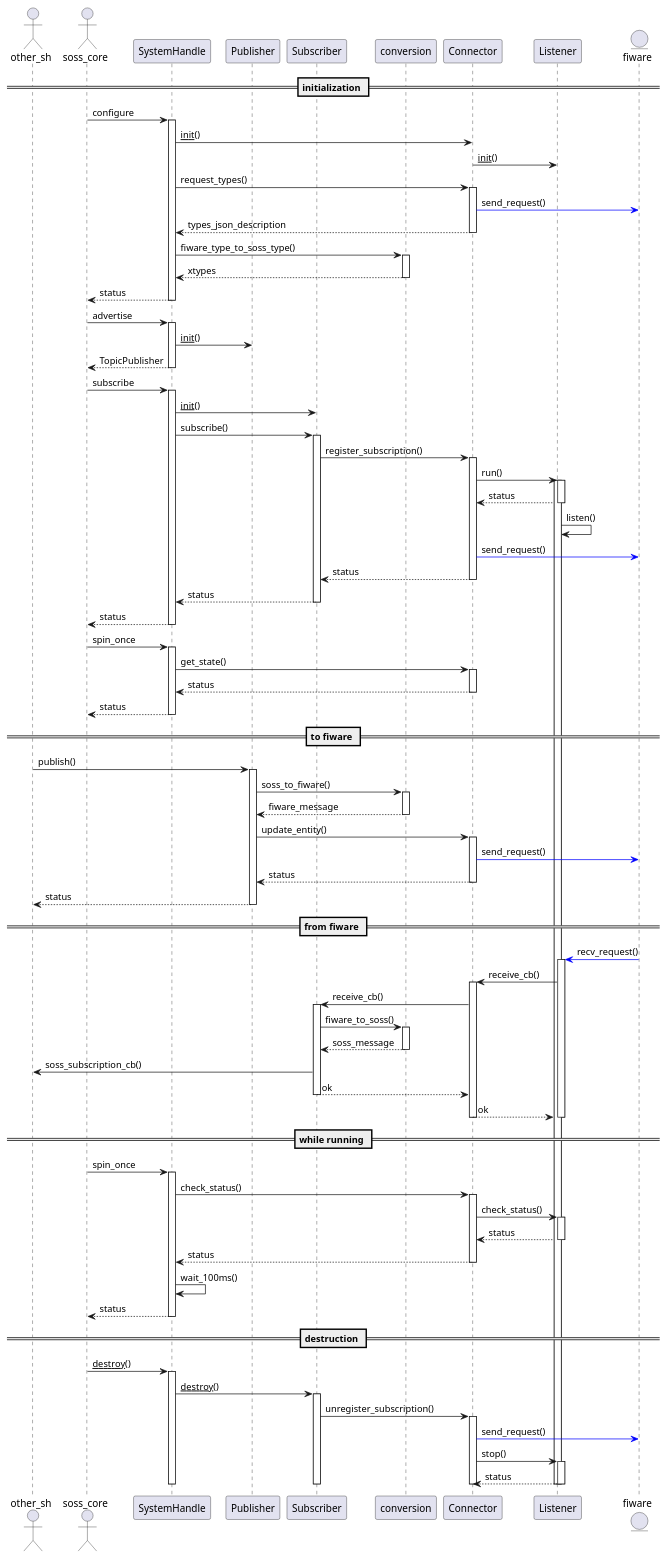
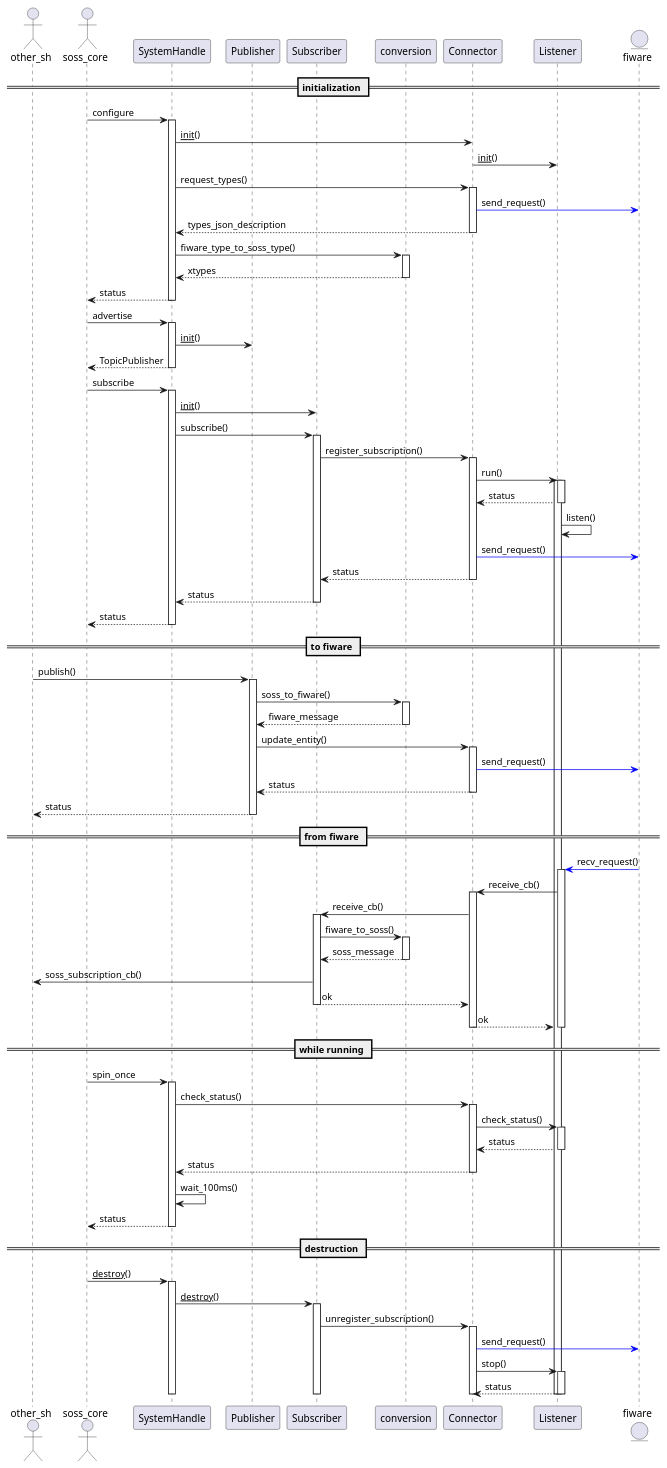
One commit to eProsima/FIWARE-SH changed the diagram in doc/diagrams-design/sequence.puml. Above: the diagram before and after it, drawn with PlantUML.

Commit message:
Update sequence diagram.

```diff
--- a/doc/diagrams-design/sequence.puml
+++ b/doc/diagrams-design/sequence.puml
@@ -1,130 +1,121 @@
 @startuml
 actor other_sh
 actor soss_core
 participant SystemHandle
 participant Publisher
 participant Subscriber
 participant conversion
 participant Connector
 participant Listener
 entity fiware
 
 == initialization ==
 soss_core -> SystemHandle: configure
 activate SystemHandle
 SystemHandle -> Connector: __init__()
 Connector -> Listener: __init__()
 SystemHandle -> Connector: request_types()
 activate Connector
 Connector -[#0000FF]> fiware: send_request()
 SystemHandle <-- Connector: types_json_description
 deactivate Connector
 SystemHandle -> conversion: fiware_type_to_soss_type()
 activate conversion
 SystemHandle <-- conversion: xtypes
 deactivate conversion
 soss_core <-- SystemHandle: status
 deactivate SystemHandle
 
 soss_core -> SystemHandle: advertise
 activate SystemHandle
 SystemHandle -> Publisher: __init__()
 soss_core <-- SystemHandle: TopicPublisher
 deactivate SystemHandle
 
 soss_core -> SystemHandle: subscribe
 activate SystemHandle
 SystemHandle -> Subscriber: __init__()
 SystemHandle -> Subscriber: subscribe()
 activate Subscriber
 Subscriber -> Connector: register_subscription()
 activate Connector
 Connector -> Listener: run()
 activate Listener
 activate Listener
 Connector <-- Listener: status
 deactivate Listener
 Listener -> Listener: listen()
 Connector -[#0000FF]> fiware: send_request()
 Subscriber <-- Connector: status
 deactivate Connector
 SystemHandle <-- Subscriber: status
 deactivate Subscriber
-soss_core <-- SystemHandle: status
-deactivate SystemHandle
-
-soss_core -> SystemHandle: spin_once
-activate SystemHandle
-SystemHandle -> Connector: get_state()
-activate Connector
-SystemHandle <-- Connector: status
-deactivate Connector
 soss_core <-- SystemHandle: status
 deactivate SystemHandle
 
 == to fiware ==
 other_sh -> Publisher: publish()
 activate Publisher
 Publisher -> conversion: soss_to_fiware()
 activate conversion
 Publisher <-- conversion: fiware_message
 deactivate conversion
 Publisher -> Connector: update_entity()
 activate Connector
 Connector -[#0000FF]> fiware: send_request()
 Publisher <-- Connector: status
 deactivate Connector
 other_sh <-- Publisher: status
 deactivate Publisher
 
 == from fiware ==
 fiware -[#0000FF]> Listener: recv_request()
 activate Listener
 Listener -> Connector: receive_cb()
 activate Connector
 Connector -> Subscriber: receive_cb()
 activate Subscriber
 Subscriber -> conversion: fiware_to_soss()
 activate conversion
 Subscriber <-- conversion: soss_message
 deactivate conversion
 Subscriber -> other_sh: soss_subscription_cb()
 Connector <-- Subscriber: ok
 deactivate Subscriber
 Listener <-- Connector: ok
 deactivate Connector
 deactivate Listener
 
 == while running ==
 soss_core -> SystemHandle: spin_once
 activate SystemHandle
 SystemHandle -> Connector: check_status()
 activate Connector
 Connector -> Listener: check_status()
 activate Listener
 Connector <-- Listener: status
 deactivate Listener
 SystemHandle <-- Connector: status
 deactivate Connector
 SystemHandle -> SystemHandle: wait_100ms()
 soss_core <-- SystemHandle: status
 deactivate SystemHandle
 
 == destruction ==
 soss_core -> SystemHandle: __destroy__()
 activate SystemHandle
 SystemHandle -> Subscriber: __destroy__()
 activate Subscriber
 Subscriber -> Connector: unregister_subscription()
 activate Connector
 Connector -[#0000FF]> fiware: send_request()
 Connector -> Listener: stop()
 activate Listener
 Connector <-- Listener: status
 deactivate Listener
 deactivate Listener
 deactivate Connector
 deactivate Subscriber
 deactivate SystemHandle
 
 @enduml
```
